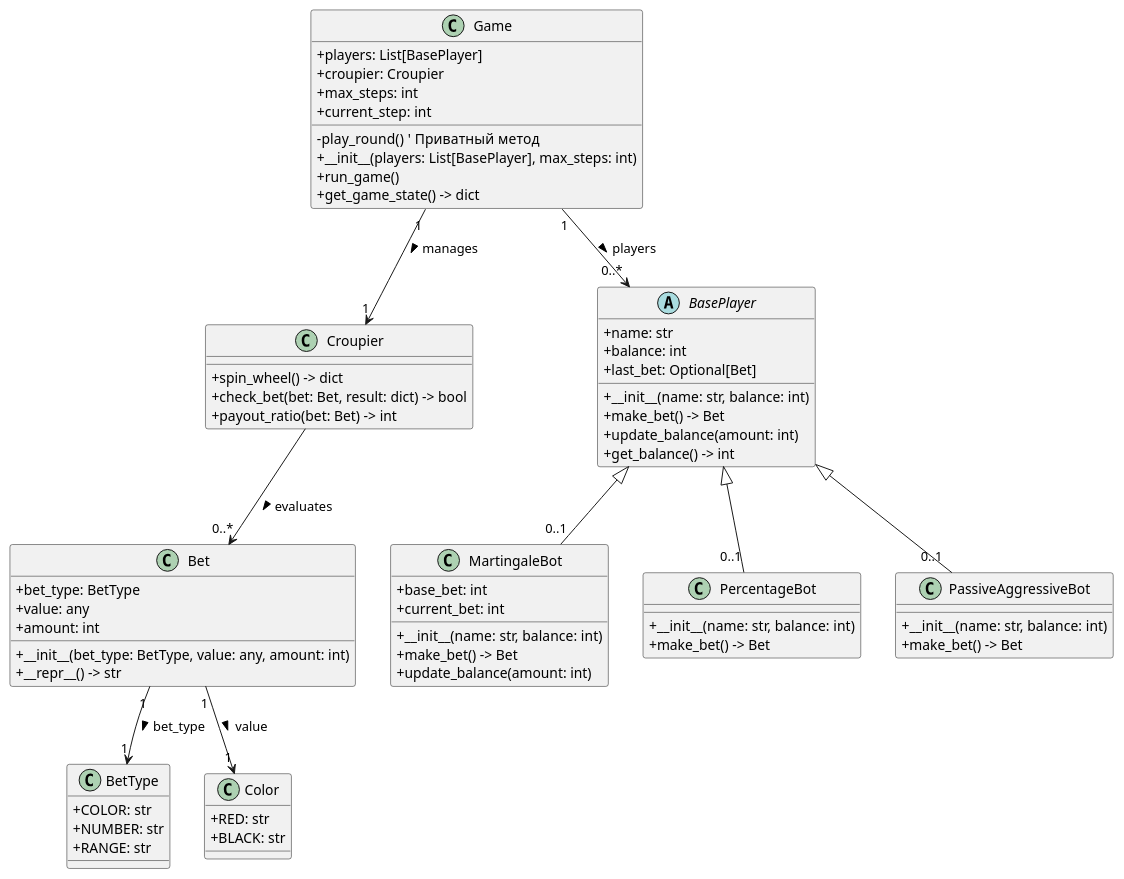
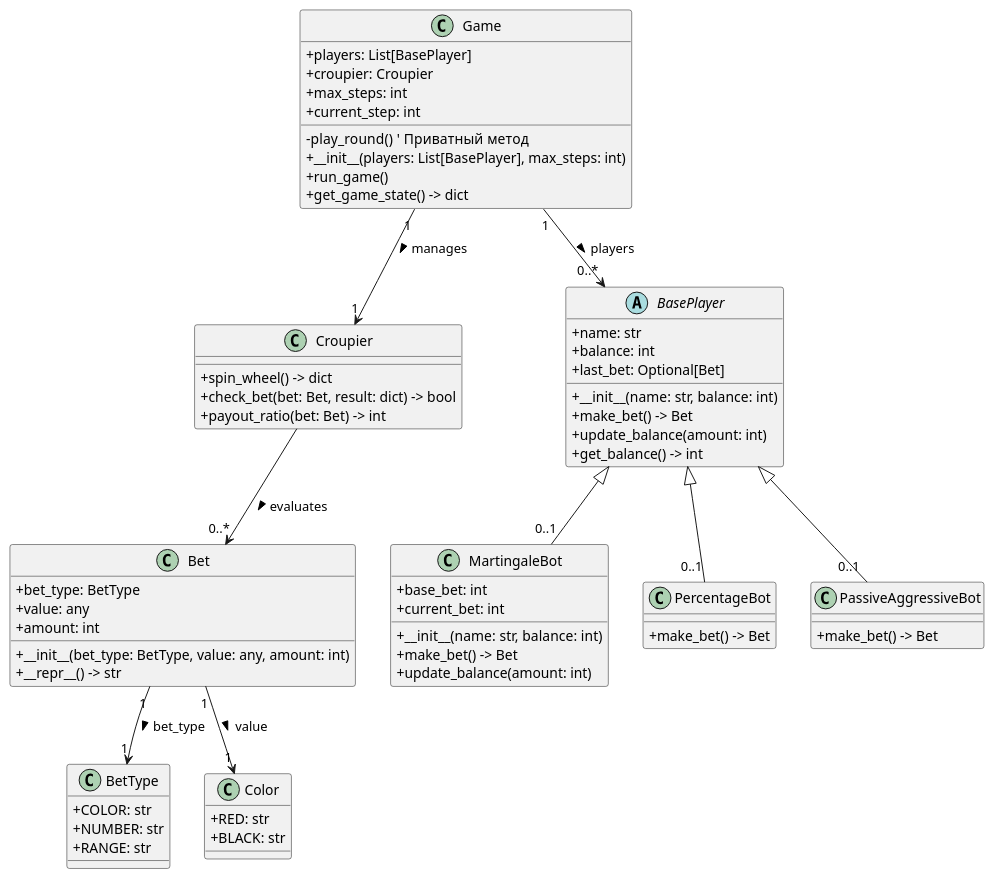
The diagram in docs/uml_diagram.puml (AngelinaYakubovskaya/spbu-python-course), drawn with PlantUML before and after one commit.

Commit message:
Update uml_diagram.puml
Изменен код диаграммы

```diff
--- a/docs/uml_diagram.puml
+++ b/docs/uml_diagram.puml
@@ -1,78 +1,76 @@
 @startuml
 skinparam classAttributeIconSize 0
 
 class BetType {
     +COLOR: str
     +NUMBER: str
     +RANGE: str
 }
 
 class Color {
     +RED: str
     +BLACK: str
 }
 
 class Bet {
     +bet_type: BetType
     +value: any
     +amount: int
     +__init__(bet_type: BetType, value: any, amount: int)
     +__repr__() -> str
 }
 
 class Croupier {
     +spin_wheel() -> dict
     +check_bet(bet: Bet, result: dict) -> bool
     +payout_ratio(bet: Bet) -> int
 }
 
 abstract class BasePlayer {
     +name: str
     +balance: int
     +last_bet: Optional[Bet]
     +__init__(name: str, balance: int)
     +make_bet() -> Bet
     +update_balance(amount: int)
     +get_balance() -> int
 }
 
 class MartingaleBot {
     +base_bet: int
     +current_bet: int
     +__init__(name: str, balance: int)
     +make_bet() -> Bet
     +update_balance(amount: int)
 }
 
 class PercentageBot {
-    +__init__(name: str, balance: int)
     +make_bet() -> Bet
 }
 
 class PassiveAggressiveBot {
-    +__init__(name: str, balance: int)
     +make_bet() -> Bet
 }
 
 class Game {
     +players: List[BasePlayer]
     +croupier: Croupier
     +max_steps: int
     +current_step: int
     -play_round()  ' Приватный метод
     +__init__(players: List[BasePlayer], max_steps: int)
     +run_game()
     +get_game_state() -> dict
 }
 
 Game "1" --> "1" Croupier : manages >
 Game "1" --> "0..*" BasePlayer : players >
 Croupier --> "0..*" Bet : evaluates >
 Bet "1" --> "1" BetType : bet_type >
 Bet "1" --> "1" Color : value >
 
 BasePlayer <|-- "0..1" MartingaleBot
 BasePlayer <|-- "0..1" PercentageBot
 BasePlayer <|-- "0..1" PassiveAggressiveBot
 
 @enduml
```
